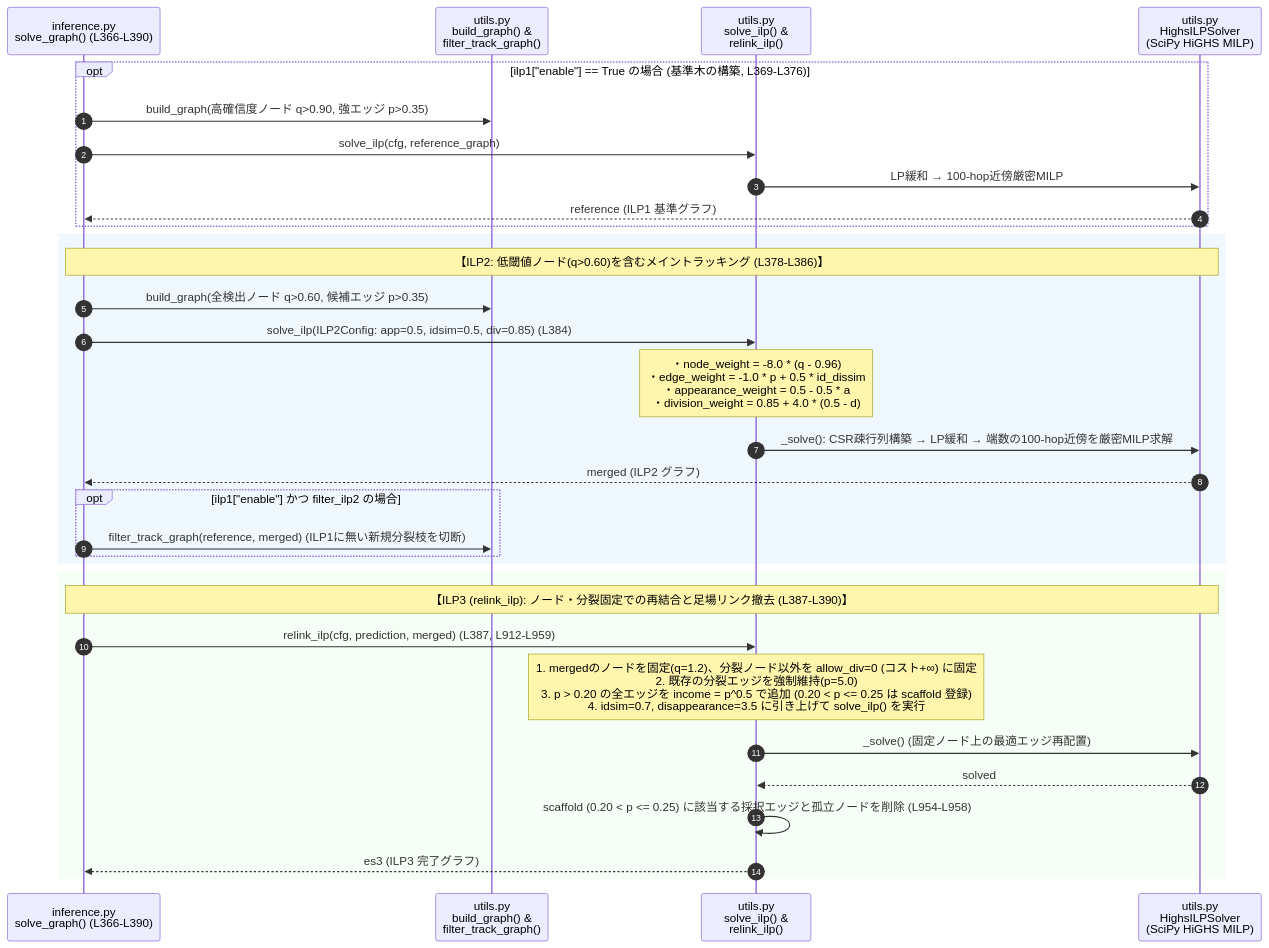
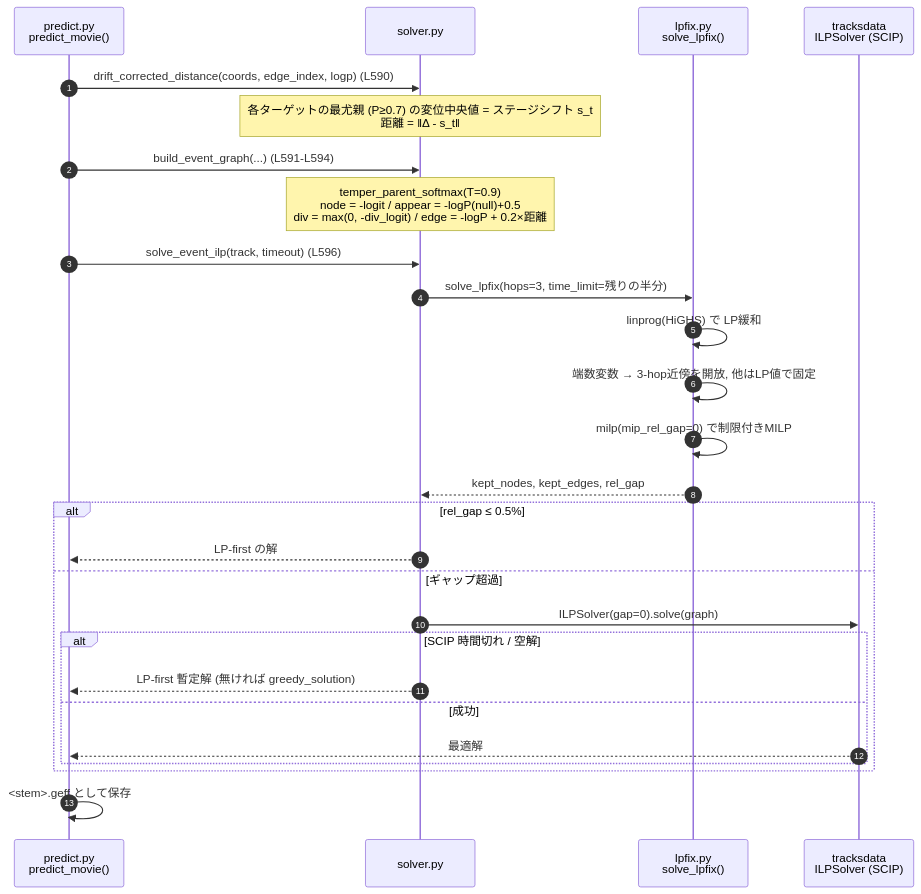
One commit to kito2718/kgle_001_BCT_Episode changed the sixth of 9 diagrams in episode/Summary&Conclusion/6th-place-summary.md. Above: the diagram before and after it, drawn with Mermaid. The commit also changed other lines of this file, not shown here.

````diff
--- a/episode/Summary&Conclusion/6th-place-summary.md
+++ b/episode/Summary&Conclusion/6th-place-summary.md
@@ -481,37 +604,30 @@
 ```mermaid
 sequenceDiagram
     autonumber
-    participant Solve as inference.py<br/>solve_graph() (L366-L390)
-    participant Graph as utils.py<br/>build_graph() &<br/>filter_track_graph()
-    participant ILP as utils.py<br/>solve_ilp() &<br/>relink_ilp()
-    participant HiGHS as utils.py<br/>HighsILPSolver<br/>(SciPy HiGHS MILP)
+    participant Pred as predict.py<br/>predict_movie()
+    participant Solver as solver.py
+    participant LP as lpfix.py<br/>solve_lpfix()
+    participant SCIP as tracksdata<br/>ILPSolver (SCIP)
 
-    opt ilp1["enable"] == True の場合 (基準木の構築, L369-L376)
-        Solve->>Graph: build_graph(高確信度ノード q>0.90, 強エッジ p>0.35)
-        Solve->>ILP: solve_ilp(cfg, reference_graph)
-        ILP->>HiGHS: LP緩和 → 100-hop近傍厳密MILP
-        HiGHS-->>Solve: reference (ILP1 基準グラフ)
-    end
-
-    rect rgb(240, 248, 255)
-        Note over Solve,HiGHS: 【ILP2: 低閾値ノード(q>0.60)を含むメイントラッキング (L378-L386)】
-        Solve->>Graph: build_graph(全検出ノード q>0.60, 候補エッジ p>0.35)
-        Solve->>ILP: solve_ilp(ILP2Config: app=0.5, idsim=0.5, div=0.85) (L384)
-        Note over ILP: ・node_weight = -8.0 * (q - 0.96)<br/>・edge_weight = -1.0 * p + 0.5 * id_dissim<br/>・appearance_weight = 0.5 - 0.5 * a<br/>・division_weight = 0.85 + 4.0 * (0.5 - d)
-        ILP->>HiGHS: _solve(): CSR疎行列構築 → LP緩和 → 端数の100-hop近傍を厳密MILP求解
-        HiGHS-->>Solve: merged (ILP2 グラフ)
-        opt ilp1["enable"] かつ filter_ilp2 の場合
-            Solve->>Graph: filter_track_graph(reference, merged) (ILP1に無い新規分裂枝を切断)
+    Pred->>Solver: drift_corrected_distance(coords, edge_index, logp) (L590)
+    Note over Solver: 各ターゲットの最尤親 (P≥0.7) の変位中央値 = ステージシフト s_t<br/>距離 = ‖Δ - s_t‖
+    Pred->>Solver: build_event_graph(...) (L591-L594)
+    Note over Solver: temper_parent_softmax(T=0.9)<br/>node = -logit / appear = -logP(null)+0.5<br/>div = max(0, -div_logit) / edge = -logP + 0.2×距離
+    Pred->>Solver: solve_event_ilp(track, timeout) (L596)
+    Solver->>LP: solve_lpfix(hops=3, time_limit=残りの半分)
+    LP->>LP: linprog(HiGHS) で LP緩和
+    LP->>LP: 端数変数 → 3-hop近傍を開放, 他はLP値で固定
+    LP->>LP: milp(mip_rel_gap=0) で制限付きMILP
+    LP-->>Solver: kept_nodes, kept_edges, rel_gap
+    alt rel_gap ≤ 0.5%
+        Solver-->>Pred: LP-first の解
+    else ギャップ超過
+        Solver->>SCIP: ILPSolver(gap=0).solve(graph)
+        alt SCIP 時間切れ / 空解
+            Solver-->>Pred: LP-first 暫定解 (無ければ greedy_solution)
+        else 成功
+            SCIP-->>Pred: 最適解
         end
     end
-
-    rect rgb(245, 255, 245)
-        Note over Solve,HiGHS: 【ILP3 (relink_ilp): ノード・分裂固定での再結合と足場リンク撤去 (L387-L390)】
-        Solve->>ILP: relink_ilp(cfg, prediction, merged) (L387, L912-L959)
-        Note over ILP: 1. mergedのノードを固定(q=1.2)、分裂ノード以外を allow_div=0 (コスト+∞) に固定<br/>2. 既存の分裂エッジを強制維持(p=5.0)<br/>3. p > 0.20 の全エッジを income = p^0.5 で追加 (0.20 < p <= 0.25 は scaffold 登録)<br/>4. idsim=0.7, disappearance=3.5 に引き上げて solve_ilp() を実行
-        ILP->>HiGHS: _solve() (固定ノード上の最適エッジ再配置)
-        HiGHS-->>ILP: solved
-        ILP->>ILP: scaffold (0.20 < p <= 0.25) に該当する採択エッジと孤立ノードを削除 (L954-L958)
-        ILP-->>Solve: es3 (ILP3 完了グラフ)
-    end
+    Pred->>Pred: <stem>.geff として保存
 ```
````
